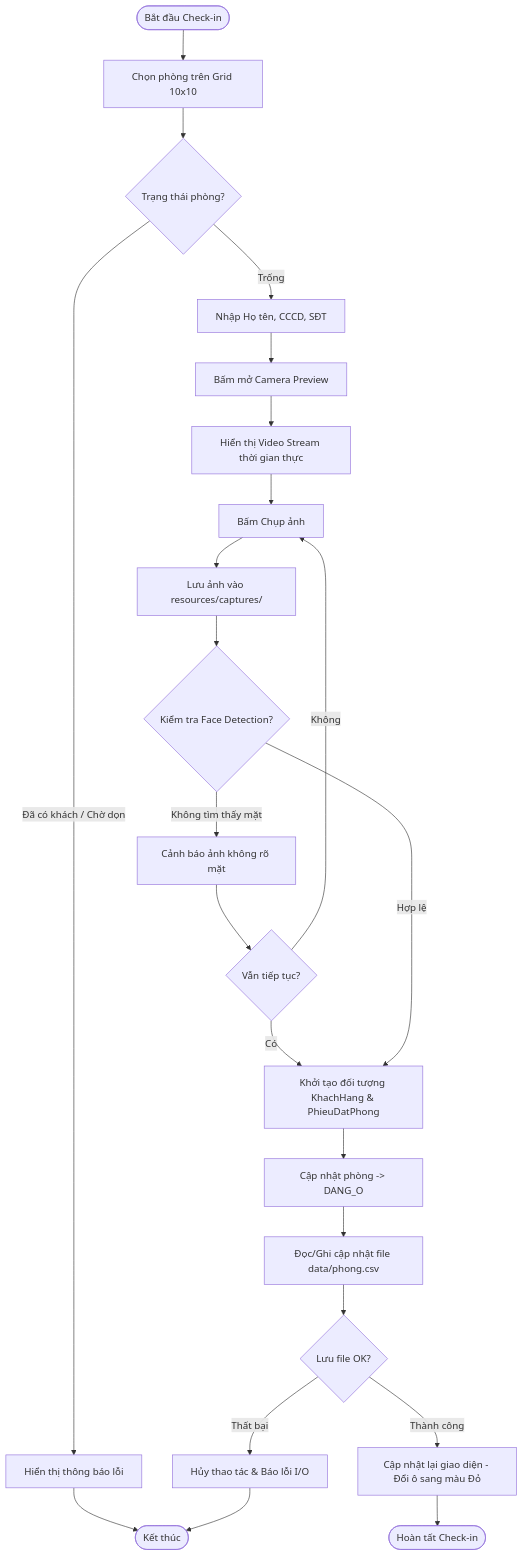
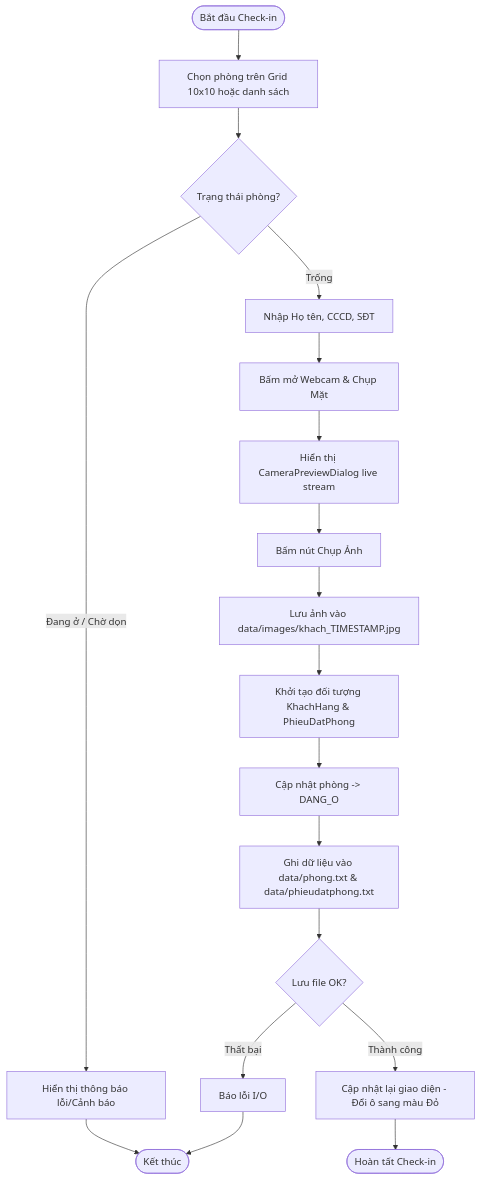
The diagram in docs/diagrams/activity_checkin.mmd (NNTTuan/HotelBookingSystem), drawn with Mermaid before and after one commit. The commit also changed 9 other files, not shown here.

```diff
--- a/docs/diagrams/activity_checkin.mmd
+++ b/docs/diagrams/activity_checkin.mmd
@@ -1,27 +1,22 @@
 flowchart TD
-    Start([Bắt đầu Check-in]) --> SelectRoom[Chọn phòng trên Grid 10x10]
+    Start([Bắt đầu Check-in]) --> SelectRoom[Chọn phòng trên Grid 10x10 hoặc danh sách]
     SelectRoom --> CheckStatus{Trạng thái phòng?}
-    
-    CheckStatus -- Đã có khách / Chờ dọn --> Error1[Hiển thị thông báo lỗi] --> End([Kết thúc])
-    
+
+    CheckStatus -- Đang ở / Chờ dọn --> Error1[Hiển thị thông báo lỗi/Cảnh báo] --> End([Kết thúc])
+
     CheckStatus -- Trống --> InputInfo[Nhập Họ tên, CCCD, SĐT]
-    InputInfo --> OpenCam[Bấm mở Camera Preview]
-    
-    OpenCam --> CamFeed[Hiển thị Video Stream thời gian thực]
-    CamFeed --> Capture[Bấm Chụp ảnh]
-    
-    Capture --> SaveImg[Lưu ảnh vào resources/captures/]
-    SaveImg --> FaceDetect{Kiểm tra Face Detection?}
-    
-    FaceDetect -- Không tìm thấy mặt --> Warn[Cảnh báo ảnh không rõ mặt] --> ConfirmSave{Vẫn tiếp tục?}
-    ConfirmSave -- Không --> Capture
-    ConfirmSave -- Có --> CreateObj
-    FaceDetect -- Hợp lệ --> CreateObj[Khởi tạo đối tượng KhachHang & PhieuDatPhong]
-    
+    InputInfo --> OpenCam[Bấm mở Webcam & Chụp Mặt]
+
+    OpenCam --> CamFeed[Hiển thị CameraPreviewDialog live stream]
+    CamFeed --> Capture[Bấm nút Chụp Ảnh]
+
+    Capture --> SaveImg[Lưu ảnh vào data/images/khach_TIMESTAMP.jpg]
+    SaveImg --> CreateObj[Khởi tạo đối tượng KhachHang & PhieuDatPhong]
+
     CreateObj --> UpdateRoom[Cập nhật phòng -> DANG_O]
-    UpdateRoom --> WriteCSV[Đọc/Ghi cập nhật file data/phong.csv]
-    
-    WriteCSV --> SaveSuccess{Lưu file OK?}
-    SaveSuccess -- Thất bại --> Rollback[Hủy thao tác & Báo lỗi I/O] --> End
+    UpdateRoom --> WriteTXT[Ghi dữ liệu vào data/phong.txt & data/phieudatphong.txt]
+
+    WriteTXT --> SaveSuccess{Lưu file OK?}
+    SaveSuccess -- Thất bại --> Rollback[Báo lỗi I/O] --> End
     SaveSuccess -- Thành công --> RefreshUI[Cập nhật lại giao diện - Đổi ô sang màu Đỏ]
     RefreshUI --> Complete([Hoàn tất Check-in])
```
